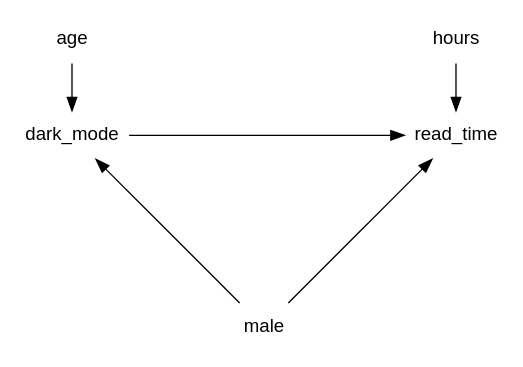
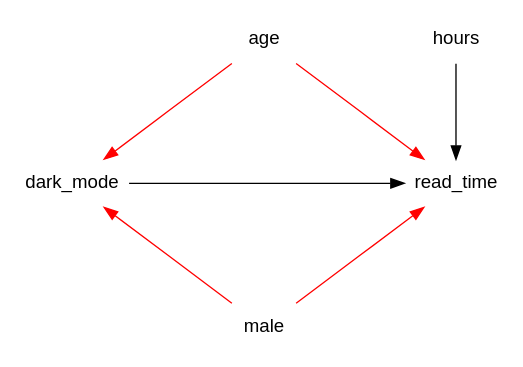
The diagram in Matching.qmd (mca91/kasa_book), drawn with Graphviz before and after one commit. The commit also changed other lines of this file and 3 other files, not shown here.

````diff
--- a/Matching.qmd
+++ b/Matching.qmd
@@ -88,24 +98,25 @@
 ```{dot}
 //| fig-width: 4
 //| fig-height: 3
 //| fig-align: 'center'
-//| fig-cap: "Möglicher DGP als Kausales Diagramm"
-//| label: "fig-CDdarkmode2" 
+//| fig-cap: "Vermuteter DGP im Website-Design-Bespiel"
+//| label: "fig-CDdarkmode" 
 digraph {
   layout=neato
   fontname="Helvetica,Arial,sans-serif"
   node [fontname="Helvetica,Arial,sans-serif"]
   edge [fontname="Helvetica,Arial,sans-serif"]
   node [shape=none];
-  "age" [pos="0,2!"]
-  "read_time" [pos="4,1!", fontname="Helvetica,Arial,mono"]
-  "dark_mode" [pos="0,1!"]
+  "read_time" [pos="4,0.5!"]
+  "dark_mode" [pos="0,0.5!"]
+  "male" [pos="2,-1!"]
+  "age" [pos="2,2!"]
   "hours" [pos="4,2!"]
-  "male" [pos="2,-1!"]
-  "age" -> "dark_mode"
+  "hours" -> "read_time"
+  "age" -> "dark_mode" [color="red"]
+  "age" -> "read_time" [color="red"]
   "dark_mode" -> "read_time"
-  "hours" -> "read_time"
-  "male" -> "dark_mode"
-  "male" -> "read_time"
+  "male" -> "dark_mode" [color="red"]
+  "male" -> "read_time" [color="red"]
 }
 ```
````
